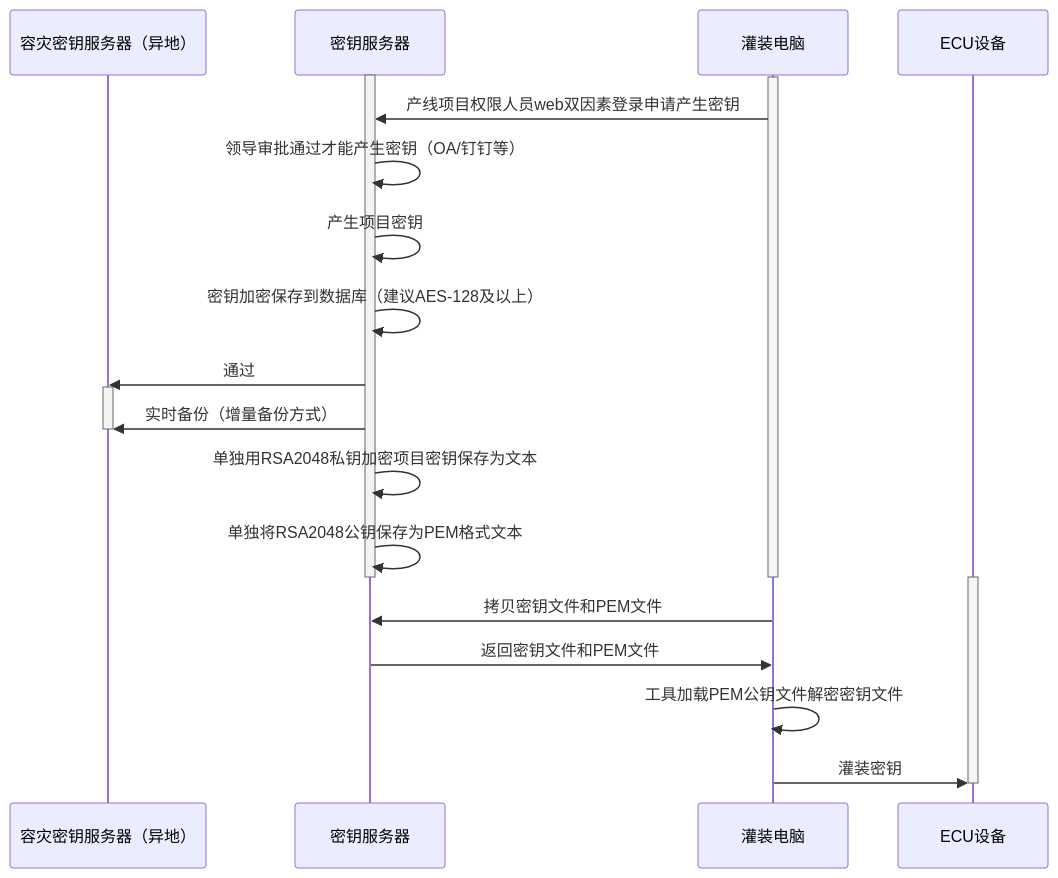
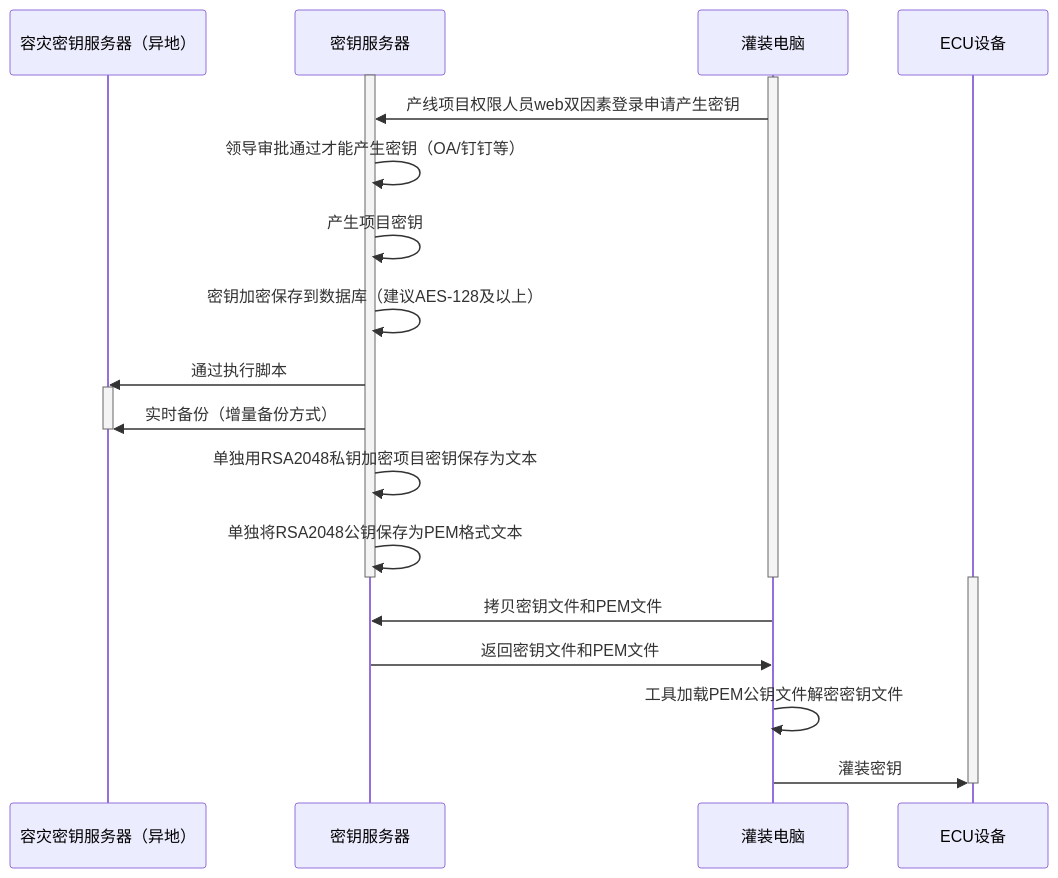
One commit to facebook-cloud/iodraw-files changed the diagram in all/未命名-15.md. Above: the diagram before and after it, drawn with Mermaid.

Commit message:
2026-02-11 19:31:37 update

````diff
--- a/all/未命名-15.md
+++ b/all/未命名-15.md
@@ -1,31 +1,31 @@
 ```mermaid
 sequenceDiagram
     participant A as 容灾密钥服务器（异地）
     participant B as 密钥服务器
     participant D as 灌装电脑
     participant E as ECU设备
 
     activate B
     activate D
     D->>B: 产线项目权限人员web双因素登录申请产生密钥
     B->>B: 领导审批通过才能产生密钥（OA/钉钉等）
     B->>B: 产生项目密钥
     B->>B: 密钥加密保存到数据库（建议AES-128及以上）
-    B->>A: 通过
+    B->>A: 通过执行脚本
 
     activate A
     B->>A: 实时备份（增量备份方式）
     deactivate A
     B->>B: 单独用RSA2048私钥加密项目密钥保存为文本
     B->>B: 单独将RSA2048公钥保存为PEM格式文本
     deactivate B
     deactivate D
 
     activate E
     D->>B: 拷贝密钥文件和PEM文件
     B->>D: 返回密钥文件和PEM文件
     D->>D:工具加载PEM公钥文件解密密钥文件
     D->>E: 灌装密钥
     deactivate E
 
 ```
````
